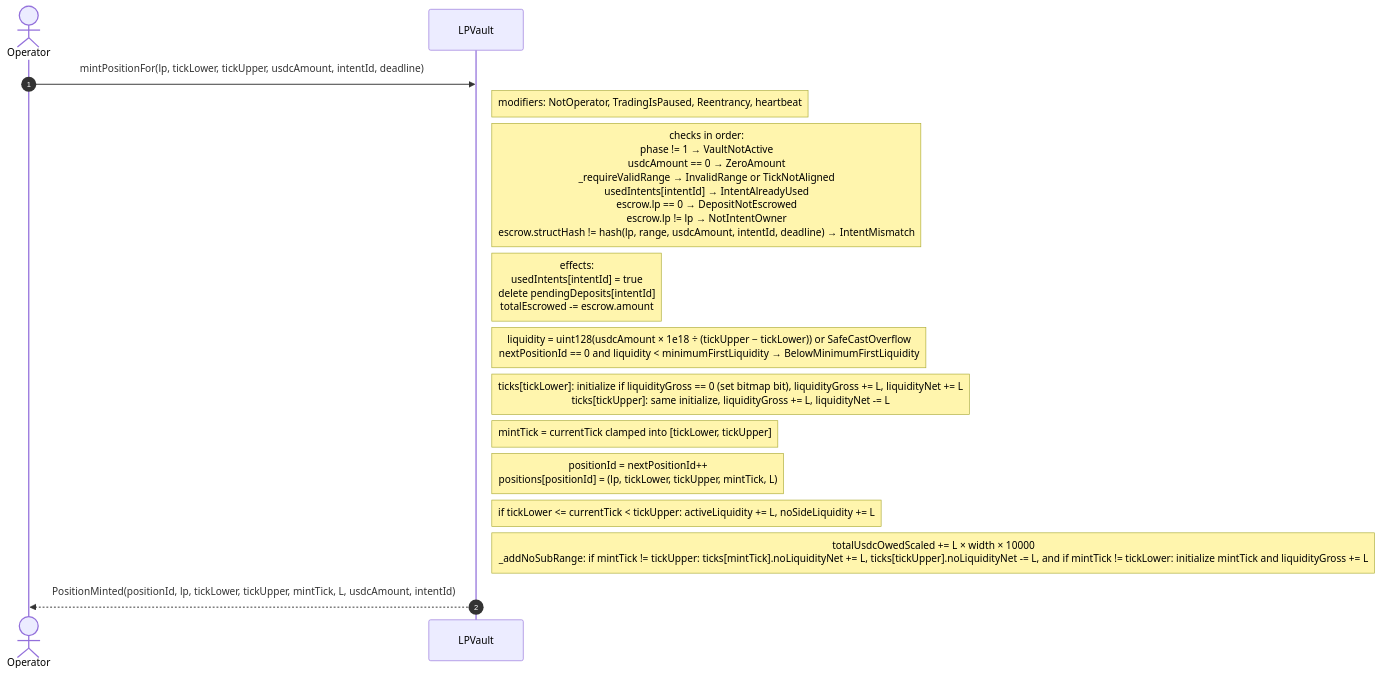
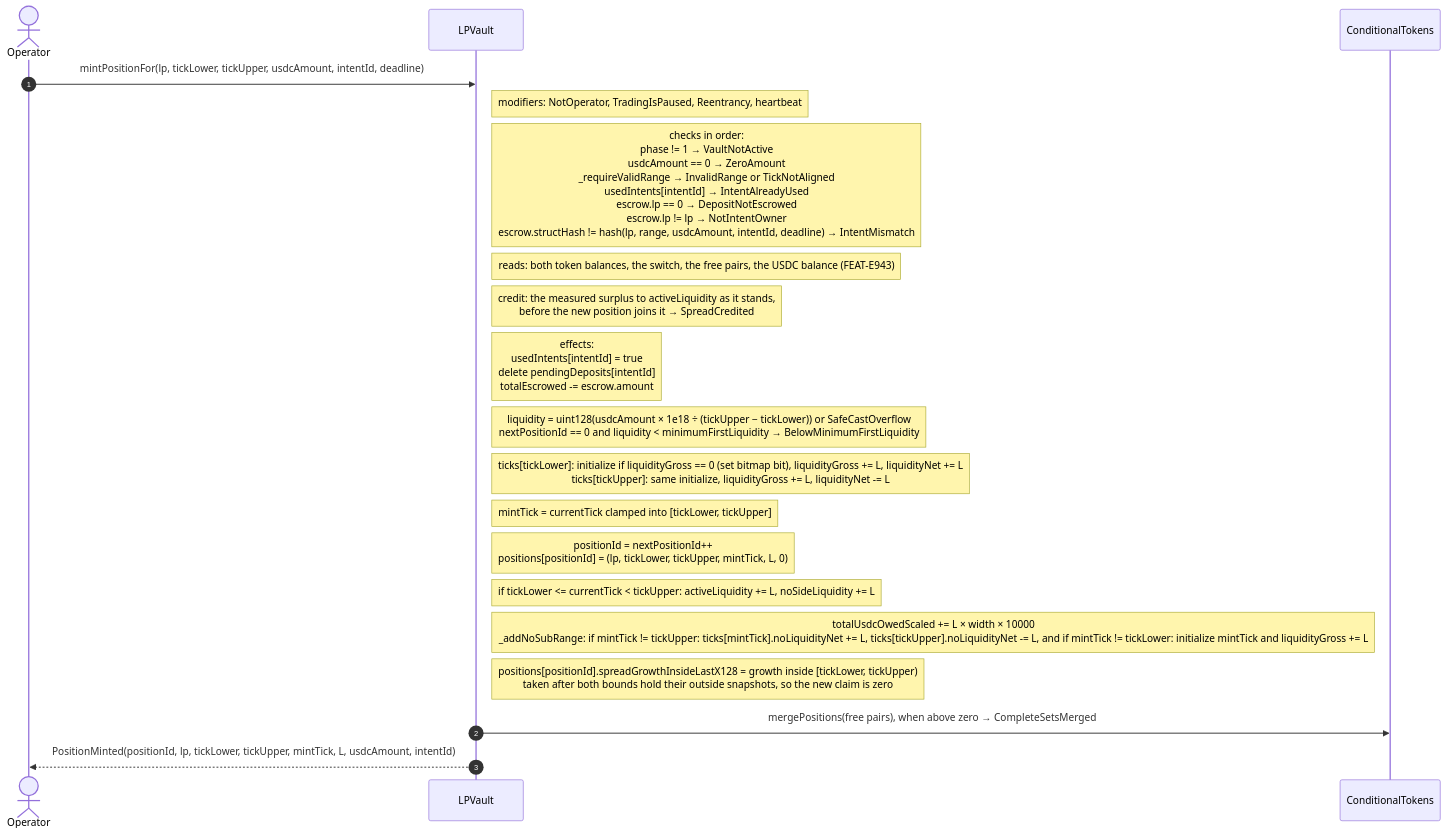
Before and after one commit to ProphetMarket/lp-vaults: the ninth of 22 diagrams in specs/FLOWS.md, drawn with Mermaid. The commit also changed other lines of this file and 45 other files, not shown here.

First line of the commit message:
spec (vault): Specify the spread attribution per tick (R18)

````diff
--- a/specs/FLOWS.md
+++ b/specs/FLOWS.md
@@ -258,18 +258,23 @@
 ```mermaid
 sequenceDiagram
     autonumber
     actor Operator
     participant Vault as LPVault
+    participant CTF as ConditionalTokens
 
     Operator->>Vault: mintPositionFor(lp, tickLower, tickUpper, usdcAmount, intentId, deadline)
     Note right of Vault: modifiers: NotOperator, TradingIsPaused, Reentrancy, heartbeat
     Note right of Vault: checks in order:<br/>phase != 1 → VaultNotActive<br/>usdcAmount == 0 → ZeroAmount<br/>_requireValidRange → InvalidRange or TickNotAligned<br/>usedIntents[intentId] → IntentAlreadyUsed<br/>escrow.lp == 0 → DepositNotEscrowed<br/>escrow.lp != lp → NotIntentOwner<br/>escrow.structHash != hash(lp, range, usdcAmount, intentId, deadline) → IntentMismatch
+    Note right of Vault: reads: both token balances, the switch, the free pairs, the USDC balance (FEAT-E943)
+    Note right of Vault: credit: the measured surplus to activeLiquidity as it stands,<br/>before the new position joins it → SpreadCredited
     Note right of Vault: effects:<br/>usedIntents[intentId] = true<br/>delete pendingDeposits[intentId]<br/>totalEscrowed -= escrow.amount
     Note right of Vault: liquidity = uint128(usdcAmount × 1e18 ÷ (tickUpper − tickLower)) or SafeCastOverflow<br/>nextPositionId == 0 and liquidity < minimumFirstLiquidity → BelowMinimumFirstLiquidity
     Note right of Vault: ticks[tickLower]: initialize if liquidityGross == 0 (set bitmap bit), liquidityGross += L, liquidityNet += L<br/>ticks[tickUpper]: same initialize, liquidityGross += L, liquidityNet -= L
     Note right of Vault: mintTick = currentTick clamped into [tickLower, tickUpper]
-    Note right of Vault: positionId = nextPositionId++<br/>positions[positionId] = (lp, tickLower, tickUpper, mintTick, L)
+    Note right of Vault: positionId = nextPositionId++<br/>positions[positionId] = (lp, tickLower, tickUpper, mintTick, L, 0)
     Note right of Vault: if tickLower <= currentTick < tickUpper: activeLiquidity += L, noSideLiquidity += L
     Note right of Vault: totalUsdcOwedScaled += L × width × 10000<br/>_addNoSubRange: if mintTick != tickUpper: ticks[mintTick].noLiquidityNet += L, ticks[tickUpper].noLiquidityNet -= L, and if mintTick != tickLower: initialize mintTick and liquidityGross += L
+    Note right of Vault: positions[positionId].spreadGrowthInsideLastX128 = growth inside [tickLower, tickUpper)<br/>taken after both bounds hold their outside snapshots, so the new claim is zero
+    Vault->>CTF: mergePositions(free pairs), when above zero → CompleteSetsMerged
     Vault-->>Operator: PositionMinted(positionId, lp, tickLower, tickUpper, mintTick, L, usdcAmount, intentId)
 ```
````
